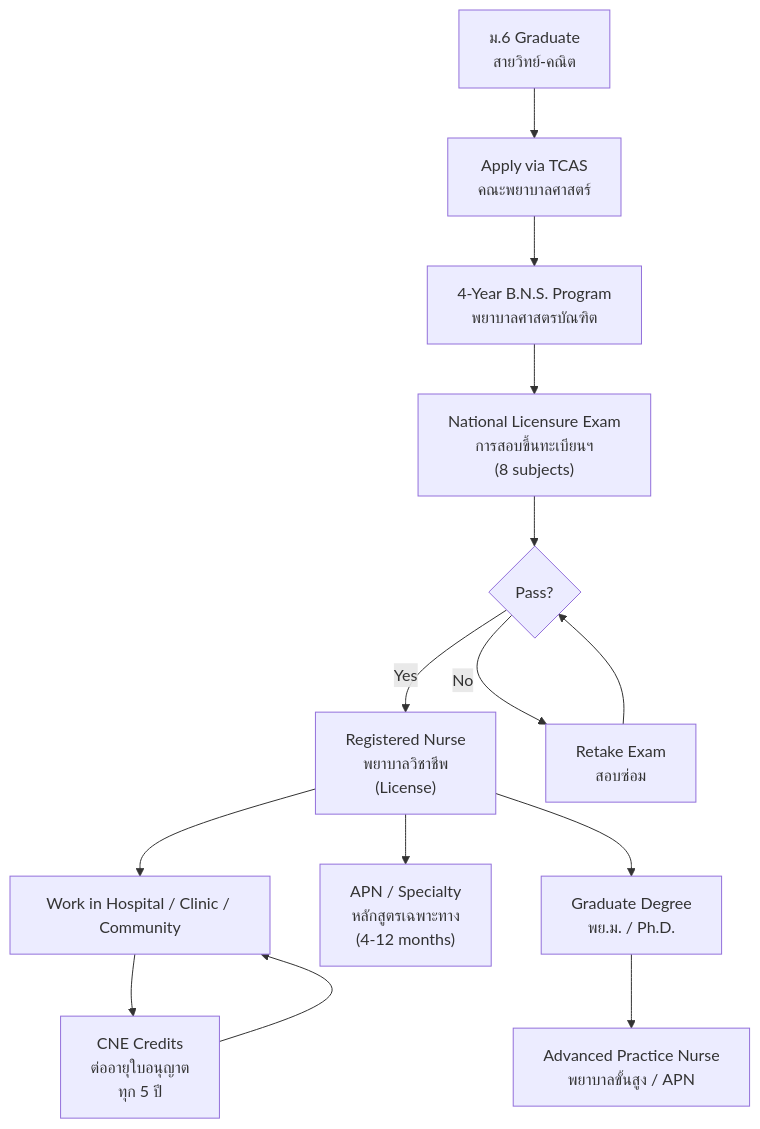
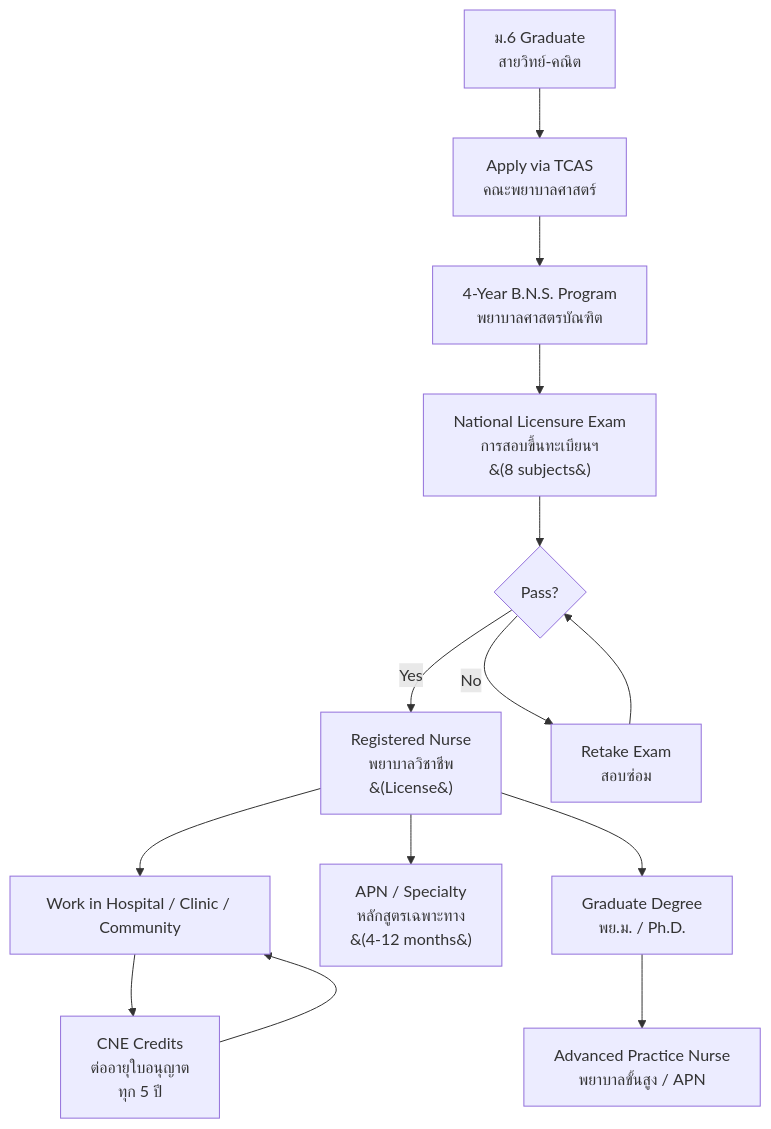
One commit to oat431/general-knowledge changed the diagram in career/nurse/Nursing - Overview.md. Above: the diagram before and after it, drawn with Mermaid. The commit also changed 29 other files, not shown here.

Commit message:
vault backup: 2026-07-28 00:14:47: add lawyer note and fix a error diagram

````diff
--- a/career/nurse/Nursing - Overview.md
+++ b/career/nurse/Nursing - Overview.md
@@ -74,16 +74,16 @@
 ```mermaid
-graph TD
+flowchart TD
     A[ม.6 Graduate<br/>สายวิทย์-คณิต] --> B[Apply via TCAS<br/>คณะพยาบาลศาสตร์]
     B --> C[4-Year B.N.S. Program<br/>พยาบาลศาสตรบัณฑิต]
-    C --> D["National Licensure Exam<br/>การสอบขึ้นทะเบียนฯ<br/>(8 subjects)"]
+    C --> D["National Licensure Exam<br/>การสอบขึ้นทะเบียนฯ<br/>&#40;8 subjects&#41;"]
     D --> E{Pass?}
-    E -->|Yes| F["Registered Nurse<br/>พยาบาลวิชาชีพ<br/>(License)"]
+    E -->|Yes| F["Registered Nurse<br/>พยาบาลวิชาชีพ<br/>&#40;License&#41;"]
     E -->|No| G[Retake Exam<br/>สอบซ่อม]
     G --> E
     F --> H[Work in Hospital / Clinic / Community]
     H --> I["CNE Credits<br/>ต่ออายุใบอนุญาต<br/>ทุก 5 ปี"]
     I --> H
-    F --> J["APN / Specialty<br/>หลักสูตรเฉพาะทาง<br/>(4-12 months)"]
+    F --> J["APN / Specialty<br/>หลักสูตรเฉพาะทาง<br/>&#40;4-12 months&#41;"]
     F --> K["Graduate Degree<br/>พย.ม. / Ph.D."]
     K --> L[Advanced Practice Nurse<br/>พยาบาลขั้นสูง / APN]
 ```
````
